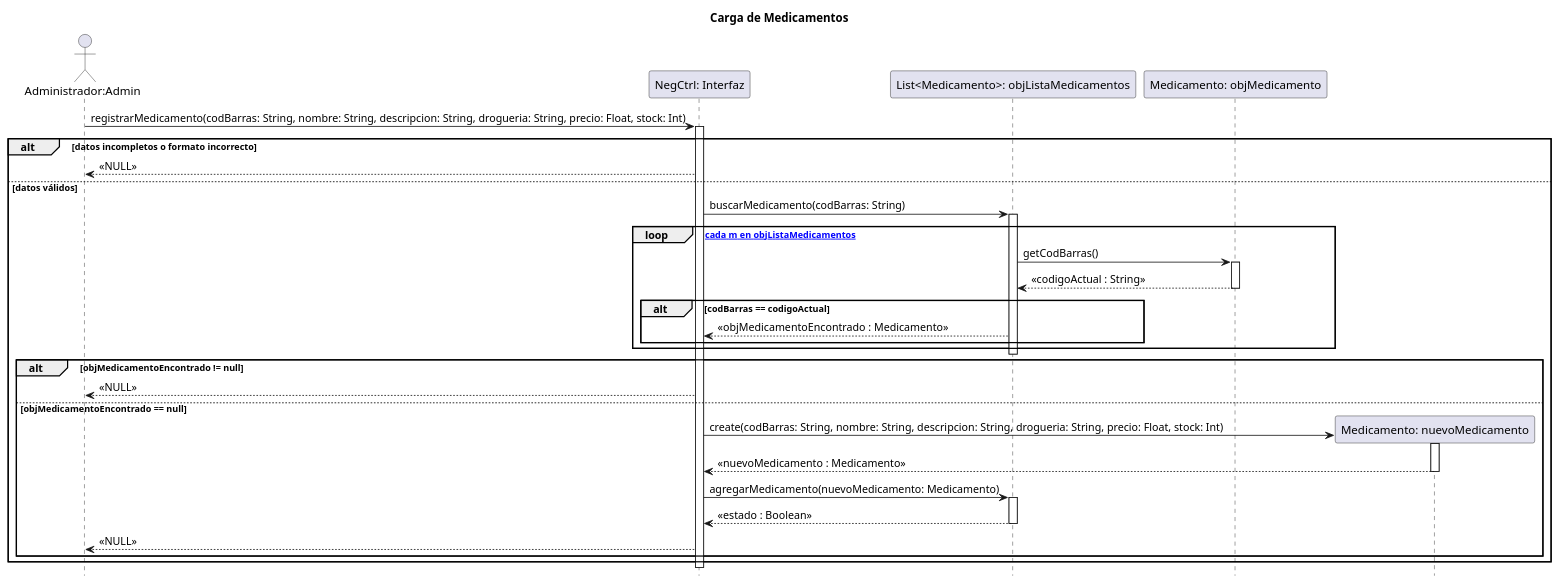
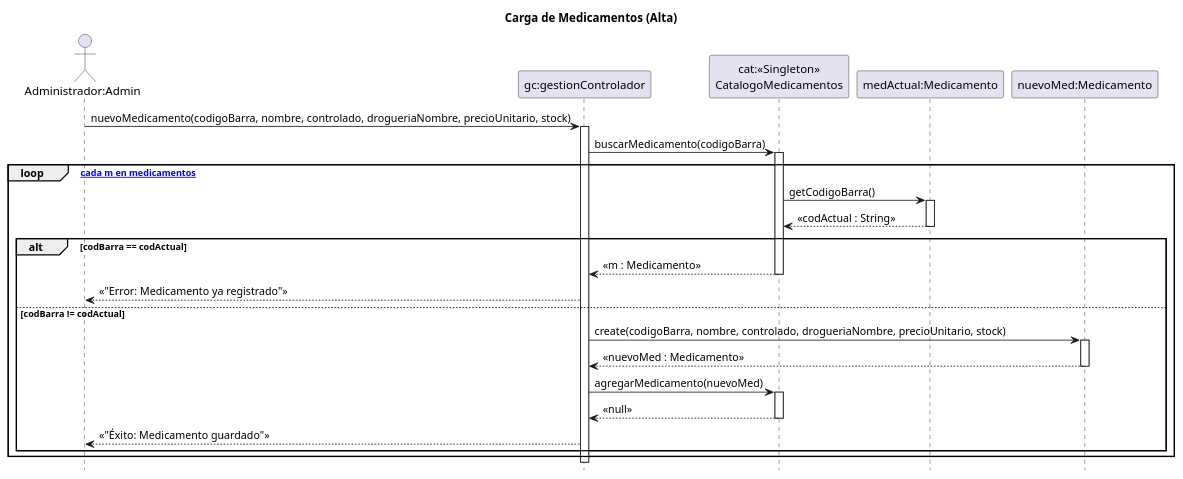
One commit to zEzequR/PF-I changed the diagram in 08 - Diagramas de Secuencia de Diseño/CargaMedicamentos/CargaMedicamentos.puml. Above: the diagram before and after it, drawn with PlantUML. The commit also changed 3 other files, not shown here.

```diff
--- a/08 - Diagramas de Secuencia de Diseño/CargaMedicamentos/CargaMedicamentos.puml
+++ b/08 - Diagramas de Secuencia de Diseño/CargaMedicamentos/CargaMedicamentos.puml
@@ -1,56 +1,51 @@
 @startuml
-title Carga de Medicamentos
+title Carga de Medicamentos (Alta)
 
 hide footbox
 
 actor "Administrador:Admin" as admin
-participant "NegCtrl: Interfaz" as NegCtrl
+participant "gc:gestionControlador" as ctrl
+participant "cat:<<Singleton>>\nCatalogoMedicamentos" as cat
+participant "medActual:Medicamento" as med_actual
+participant "nuevoMed:Medicamento" as nuevo_med
 
-participant "List<Medicamento>: objListaMedicamentos" as lista
-participant "Medicamento: objMedicamento" as med
-participant "Medicamento: nuevoMedicamento" as newMed
+admin -> ctrl : nuevoMedicamento(codigoBarra, nombre, controlado, drogueriaNombre, precioUnitario, stock)
+activate ctrl
 
-admin -> NegCtrl : registrarMedicamento(codBarras: String, nombre: String, descripcion: String, drogueria: String, precio: Float, stock: Int)
-activate NegCtrl
+ctrl -> cat : buscarMedicamento(codigoBarra)
+activate cat
 
-    alt datos incompletos o formato incorrecto
-        NegCtrl --> admin : <<NULL>>
-    else datos válidos
+loop [para cada m en medicamentos]
+    cat -> med_actual : getCodigoBarra()
+    activate med_actual
+    med_actual --> cat : << codActual : String >>
+    deactivate med_actual
     
-        NegCtrl -> lista : buscarMedicamento(codBarras: String)
-        activate lista
+    alt codBarra == codActual
+        cat --> ctrl : << m : Medicamento >>
+        deactivate cat
         
-        loop [para cada m en objListaMedicamentos]
-            lista -> med : getCodBarras()
-            activate med
-            med --> lista : << codigoActual : String >>
-            deactivate med
-            
-            alt codBarras == codigoActual
-                lista --> NegCtrl : << objMedicamentoEncontrado : Medicamento >>
-            end
-        end
-        deactivate lista
+        ctrl --> admin : << "Error: Medicamento ya registrado" >>
+
+    else codBarra != codActual
+
+        deactivate cat
         
-        alt objMedicamentoEncontrado != null
-            NegCtrl --> admin : <<NULL>>
-            
-        else objMedicamentoEncontrado == null
+        ctrl -> nuevo_med : create(codigoBarra, nombre, controlado, drogueriaNombre, precioUnitario, stock)
+        activate nuevo_med
+        nuevo_med --> ctrl : << nuevoMed : Medicamento >>
+        deactivate nuevo_med
 
-            NegCtrl -> newMed ** : create(codBarras: String, nombre: String, descripcion: String, drogueria: String, precio: Float, stock: Int)
-            activate newMed
-            newMed --> NegCtrl : << nuevoMedicamento : Medicamento >>
-            deactivate newMed
-
-            NegCtrl -> lista : agregarMedicamento(nuevoMedicamento: Medicamento)
-            activate lista
-            lista --> NegCtrl : << estado : Boolean >>
-            deactivate lista
-
-            NegCtrl --> admin : <<NULL>>
-        end
+        ctrl -> cat : agregarMedicamento(nuevoMed)
+        activate cat
+        
+        cat --> ctrl : << null >>
+        deactivate cat
+        
+        ctrl --> admin : << "Éxito: Medicamento guardado" >>
         
     end
+end
 
-deactivate NegCtrl
+deactivate ctrl
 @enduml
```
